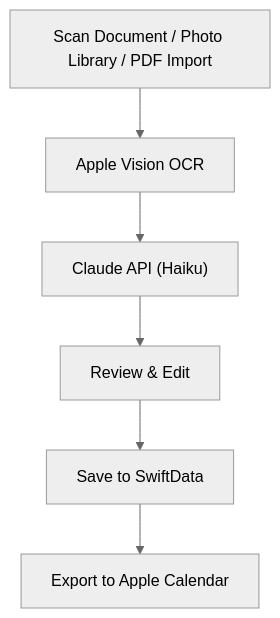
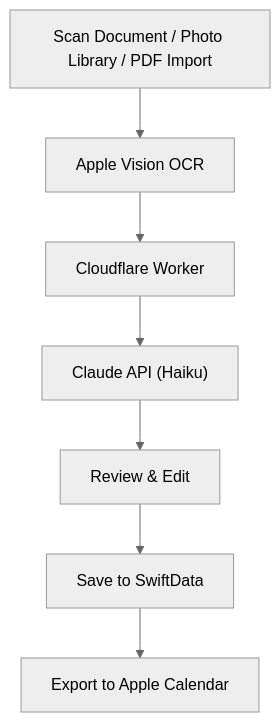
The diagram in README.md (imAryanL/sylly-ios-app), drawn with Mermaid (neutral theme) before and after one commit. The commit also changed other lines of this file, not shown here.

First line of the commit message:
Update the README for the worker backend

````diff
--- a/README.md
+++ b/README.md
@@ -53,8 +53,9 @@
 ```mermaid
 flowchart TD
     A["Scan Document / Photo Library / PDF Import"] --> B["Apple Vision OCR"]
-    B --> C["Claude API (Haiku)"]
-    C --> D["Review & Edit"]
-    D --> E["Save to SwiftData"]
-    E --> F["Export to Apple Calendar"]
+    B --> C["Cloudflare Worker"]
+    C --> D["Claude API (Haiku)"]
+    D --> E["Review & Edit"]
+    E --> F["Save to SwiftData"]
+    F --> G["Export to Apple Calendar"]
 ```
````
